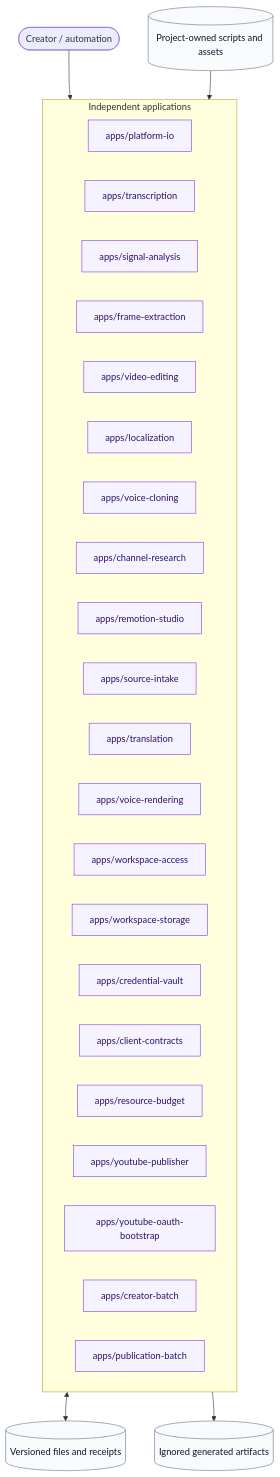
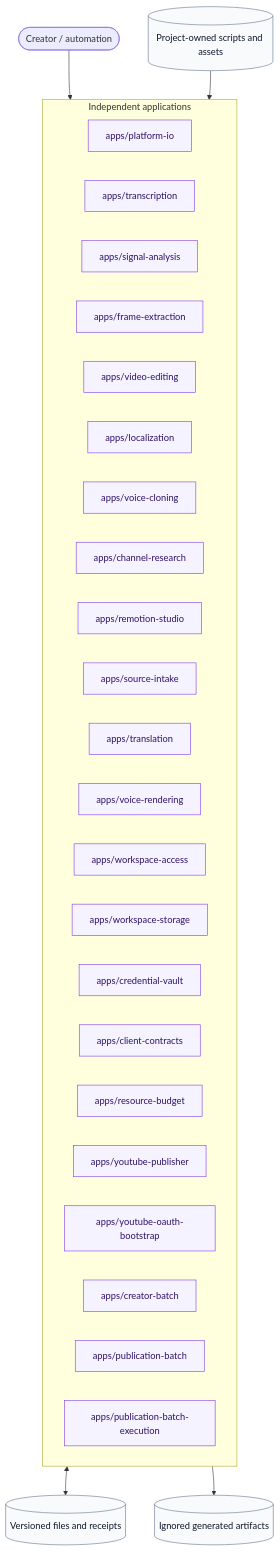
The second of 2 diagrams in README.md (wohuishuo/cc-video-pipeline), drawn with Mermaid before and after one commit. The commit also changed other lines of this file and 47 other files, not shown here.

First line of the commit message:
feat: add resumable publication batch execution (#25)

````diff
--- a/README.md
+++ b/README.md
@@ -90,40 +92,41 @@
 ```mermaid
 flowchart TB
     user([Creator / automation])
     subgraph apps[Independent applications]
       A[apps/platform-io]
       B[apps/transcription]
       C[apps/signal-analysis]
       D[apps/frame-extraction]
       E[apps/video-editing]
       F[apps/localization]
       G[apps/voice-cloning]
       H[apps/channel-research]
       I[apps/remotion-studio]
       J[apps/source-intake]
       K[apps/translation]
       L[apps/voice-rendering]
       M[apps/workspace-access]
       N[apps/workspace-storage]
       O[apps/credential-vault]
       P[apps/client-contracts]
       Q[apps/resource-budget]
       R[apps/youtube-publisher]
       S[apps/youtube-oauth-bootstrap]
       T[apps/creator-batch]
       U[apps/publication-batch]
+      V[apps/publication-batch-execution]
     end
     contracts[(Versioned files and receipts)]
     projects[(Project-owned scripts and assets)]
     outputs[(Ignored generated artifacts)]
 
     user --> apps
     apps <--> contracts
     projects --> apps
     apps --> outputs
 
     classDef boundary fill:#f5f3ff,stroke:#7c3aed,color:#2e1065;
     classDef data fill:#f8fafc,stroke:#64748b,color:#0f172a;
-    class A,B,C,D,E,F,G,H,I,J,K,L,M,N,O,P,Q,R,S,T,U boundary;
+    class A,B,C,D,E,F,G,H,I,J,K,L,M,N,O,P,Q,R,S,T,U,V boundary;
     class contracts,projects,outputs data;
 ```
````
